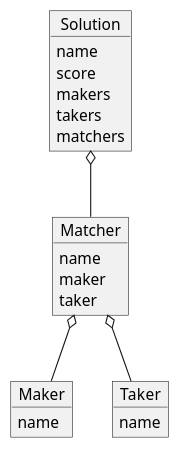
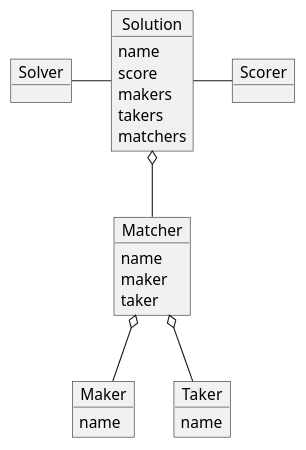
One commit to joelparkerhenderson/demo-optaplanner changed the diagram in doc/plans/objects.plantuml. Above: the diagram before and after it, drawn with PlantUML. The commit also changed 1 other file, not shown here.

Commit message:
Add UML for Solver and Scorer

```diff
--- a/doc/plans/objects.plantuml
+++ b/doc/plans/objects.plantuml
@@ -1,30 +1,39 @@
 @startuml
 skinparam monochrome true
 
 object Solution {
     name
     score
     makers
     takers
     matchers
 }
+
+object Solver { 
+}
+
+object Scorer { 
+}
+
+Solver --r- Solution
+Solution --r- Scorer
 
 object Matcher {
     name
     maker
     taker
 }
 
 object Maker {
     name
 }
 
 object Taker {
     name
 }
 
-Solution o-- Matcher
-Matcher o-- Maker
-Matcher o-- Taker
+Solution o-d- Matcher
+Matcher o-d- Maker
+Matcher o-d- Taker
 
 @enduml
```
